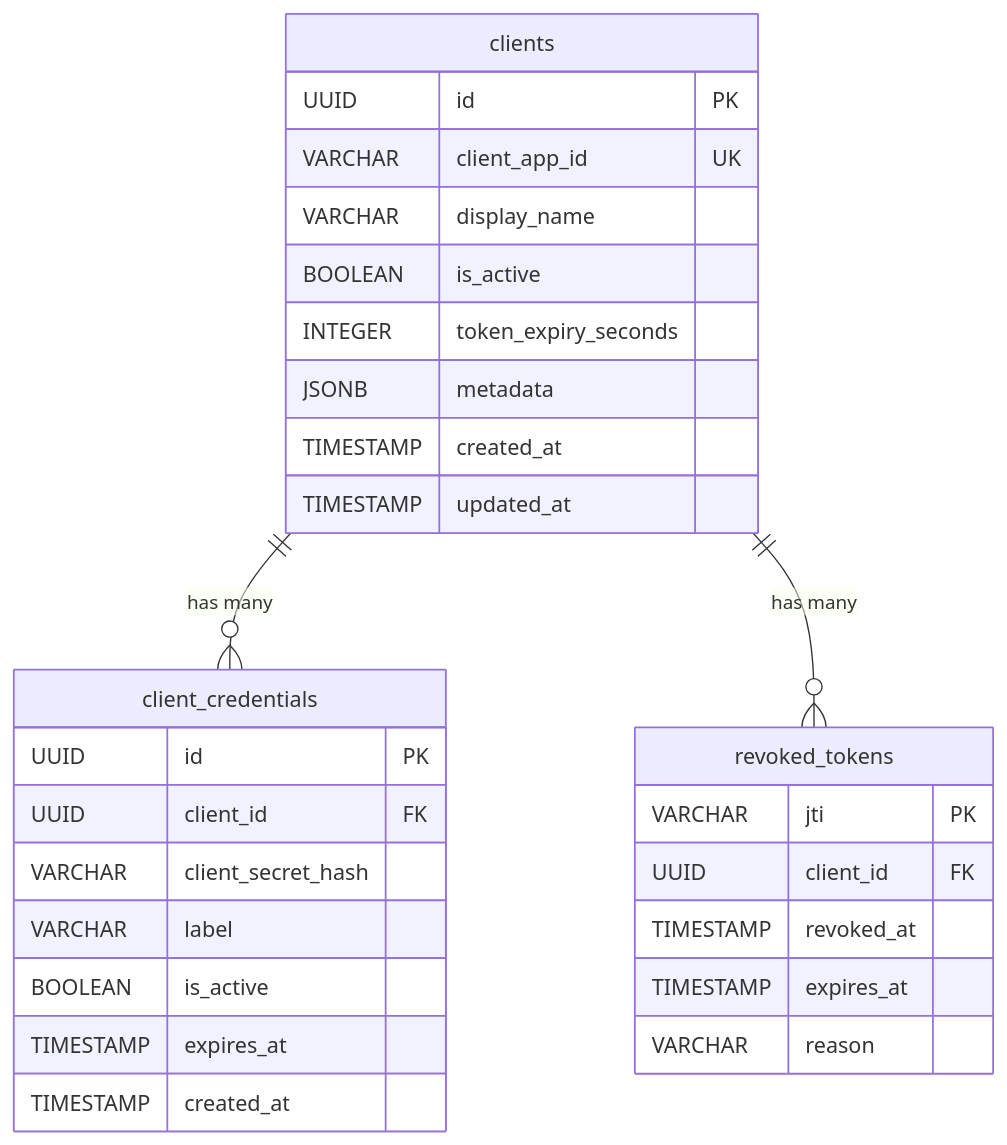
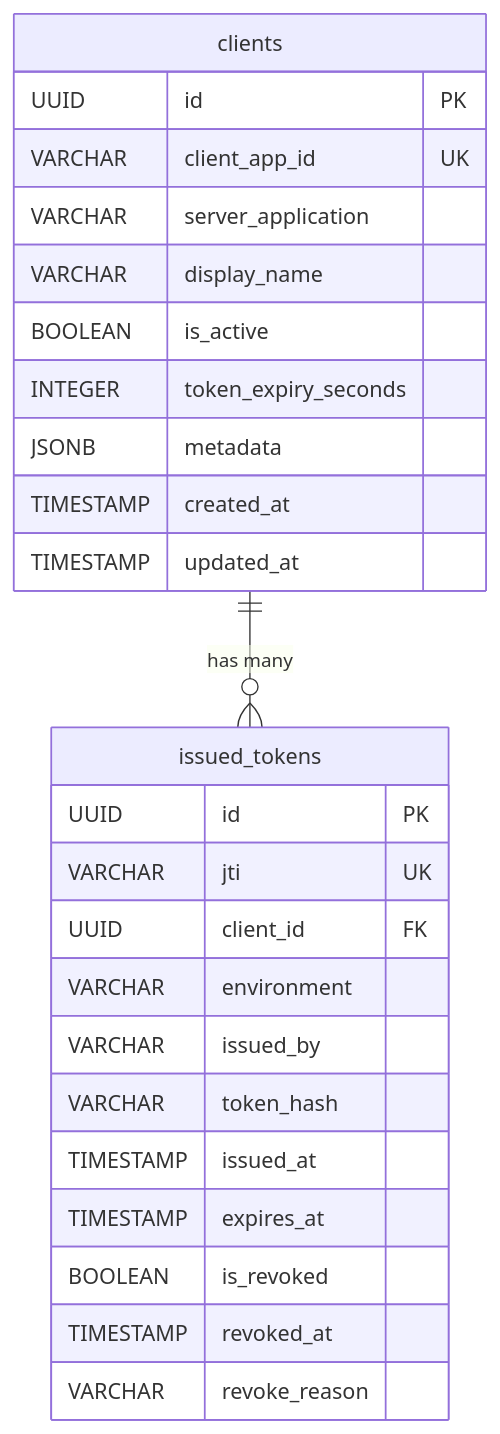
Before and after one commit to sweiyang/common-tools: the seventh of 8 diagrams in config-center/Auth_Config_Center_Design.md, drawn with Mermaid. The commit also changed other lines of this file and 1 other file, not shown here.

````diff
--- a/config-center/Auth_Config_Center_Design.md
+++ b/config-center/Auth_Config_Center_Design.md
@@ -319,34 +372,30 @@
 ```mermaid
 erDiagram
-    clients ||--o{ client_credentials : "has many"
-    clients ||--o{ revoked_tokens : "has many"
+    clients ||--o{ issued_tokens : "has many"
 
     clients {
         UUID id PK
         VARCHAR client_app_id UK
+        VARCHAR server_application
         VARCHAR display_name
         BOOLEAN is_active
         INTEGER token_expiry_seconds
         JSONB metadata
         TIMESTAMP created_at
         TIMESTAMP updated_at
     }
 
-    client_credentials {
+    issued_tokens {
         UUID id PK
+        VARCHAR jti UK
         UUID client_id FK
-        VARCHAR client_secret_hash
-        VARCHAR label
-        BOOLEAN is_active
+        VARCHAR environment
+        VARCHAR issued_by
+        VARCHAR token_hash
+        TIMESTAMP issued_at
         TIMESTAMP expires_at
-        TIMESTAMP created_at
-    }
-
-    revoked_tokens {
-        VARCHAR jti PK
-        UUID client_id FK
+        BOOLEAN is_revoked
         TIMESTAMP revoked_at
-        TIMESTAMP expires_at
-        VARCHAR reason
+        VARCHAR revoke_reason
     }
 ```
````
